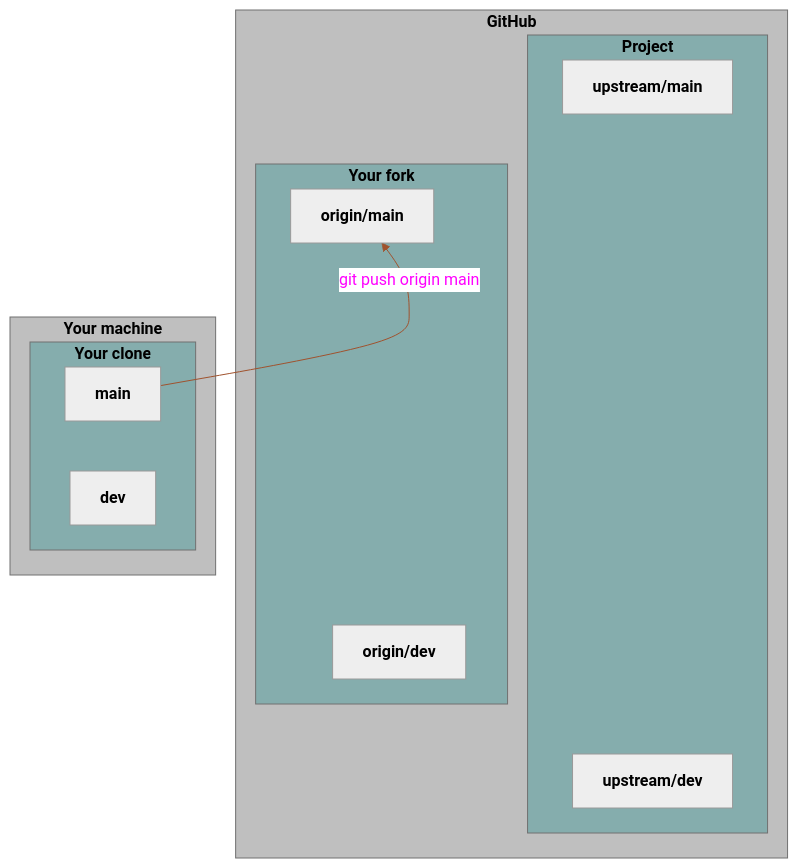
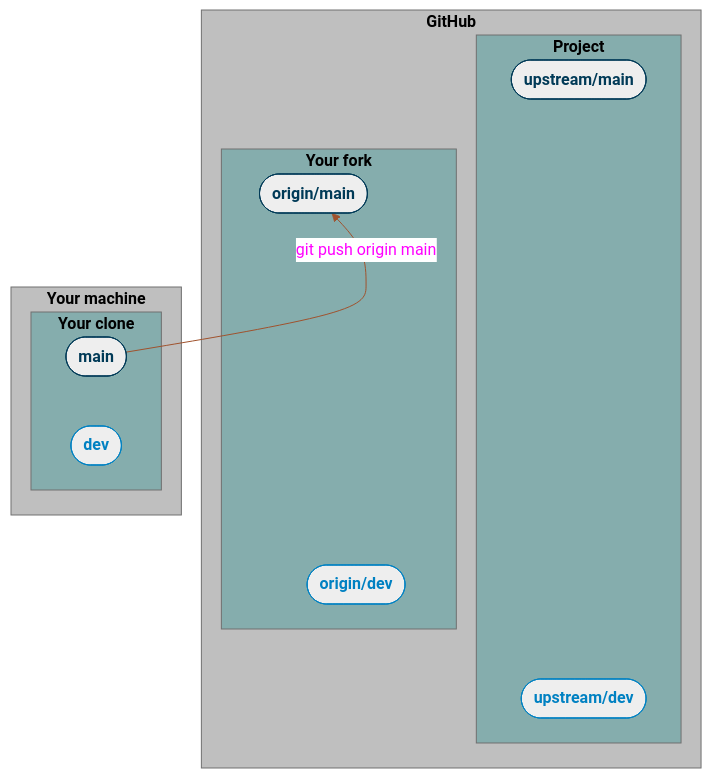
One commit to WestDRI/arc-training changed diagram 12 of 12 in git/col_pr.qmd. Above: the diagram before and after it, drawn with Mermaid (neutral theme). The commit also changed other lines of this file, not shown here.

Commit message:
improve GitHub PR workflow mermaid diagrams

````diff
--- a/git/col_pr.qmd
+++ b/git/col_pr.qmd
@@ -602,45 +676,48 @@
 ```{mermaid}
 %%| echo: false
 flowchart TD
-  subgraph gh["<b>GitHub</b>"]
-    subgraph project["<b>Project</b>"]
-      upstream/main["<b>upstream/main</b>"]
-      upstream/dev["<b>upstream/dev</b>"]
+  subgraph gh["<b>GitHub</b>"];
+    subgraph project["<b>Project</b>"];
+      upstream/main(["<b>upstream/main</b>"]);
+      upstream/dev(["<b>upstream/dev</b>"]);
     end
-    subgraph fork["<b>Your fork</b>"]
-      origin/main["<b>origin/main</b>"]
-      origin/dev["<b>origin/dev</b>"]
+    subgraph fork["<b>Your fork</b>"];
+      origin/main(["<b>origin/main</b>"]);
+      origin/dev(["<b>origin/dev</b>"]);
     end
   end
-  subgraph local["<b>Your machine</b>"]
-    subgraph clone["<b>Your clone</b>"]
-      main["<b>main</b>"]
-      dev["<b>dev</b>"]
+  subgraph local["<b>Your machine</b>"];
+    subgraph clone["<b>Your clone</b>"];
+      main(["<b>main</b>"]);
+      dev(["<b>dev</b>"]);
     end
   end
 
+  classDef hidden display: none;
   classDef location fill:#bfbfbf, color:#000;
   class gh location;
   class local location;
   classDef repo fill:#85adad, color:#000;
   class project repo;
   class fork repo;
   class clone repo;
+  classDef branchmain color:#003a57, stroke:#003a57;
+  classDef branchdev color:#0081c2, stroke:#0081c2;
+  class upstream/main branchmain;
+  class upstream/dev branchdev;
+  class origin/main branchmain;
+  class origin/dev branchdev;
+  class main branchmain;
+  class dev branchdev;
 
   upstream/main ~~~  origin/main
   origin/main ~~~ main
   upstream/main ~~~ main
   main -- git push origin main --> origin/main
   main ~~~ dev
   dev ~~~ origin/dev
   origin/dev ~~~ upstream/dev
   upstream/dev ~~~ upstream/main
 
-  linkStyle 0 stroke:YellowGreen;
-  linkStyle 1 stroke:YellowGreen, color:magenta;
-  linkStyle 2 stroke:goldenrod, color:magenta;
   linkStyle 3 stroke:sienna, color:magenta;
-  linkStyle 4 stroke:goldenrod, color:magenta;
-  linkStyle 5 stroke:goldenrod, color:magenta;
-  linkStyle 6 stroke:goldenrod;
 ```
````
